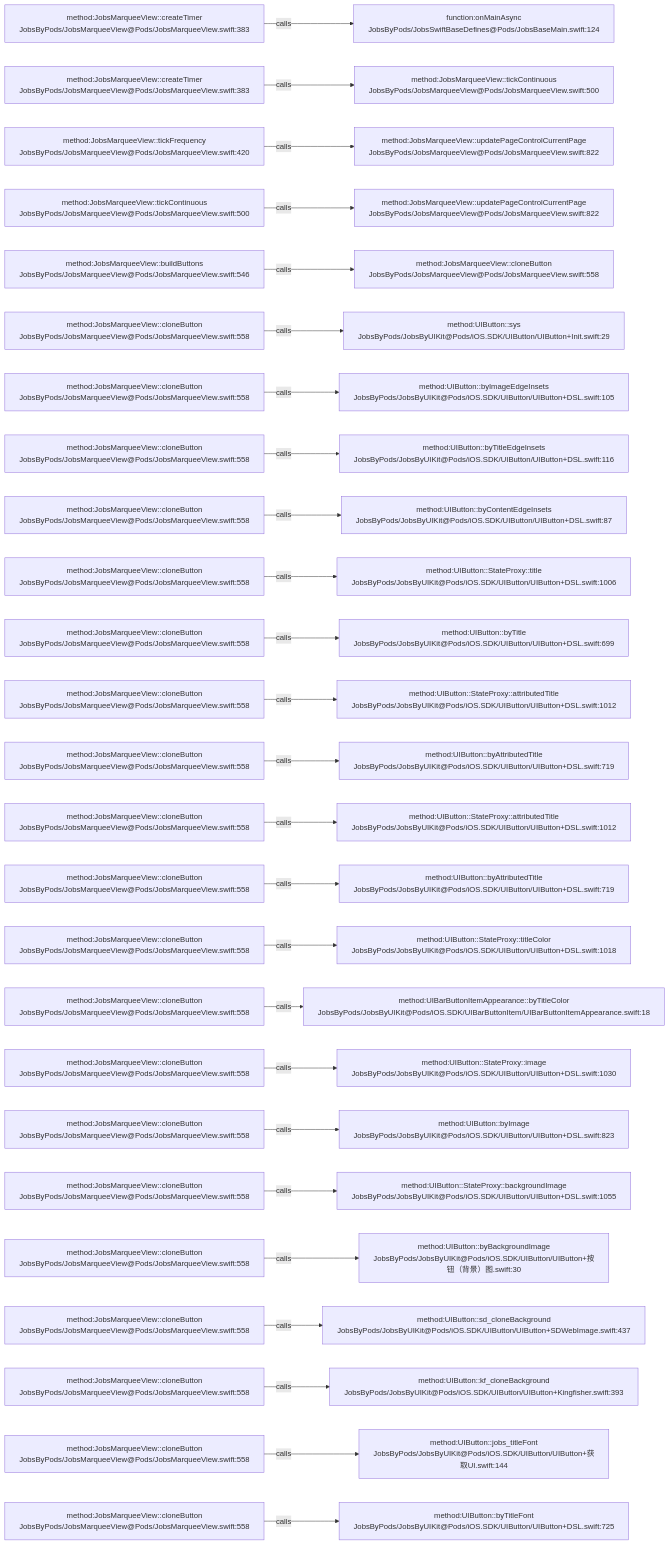
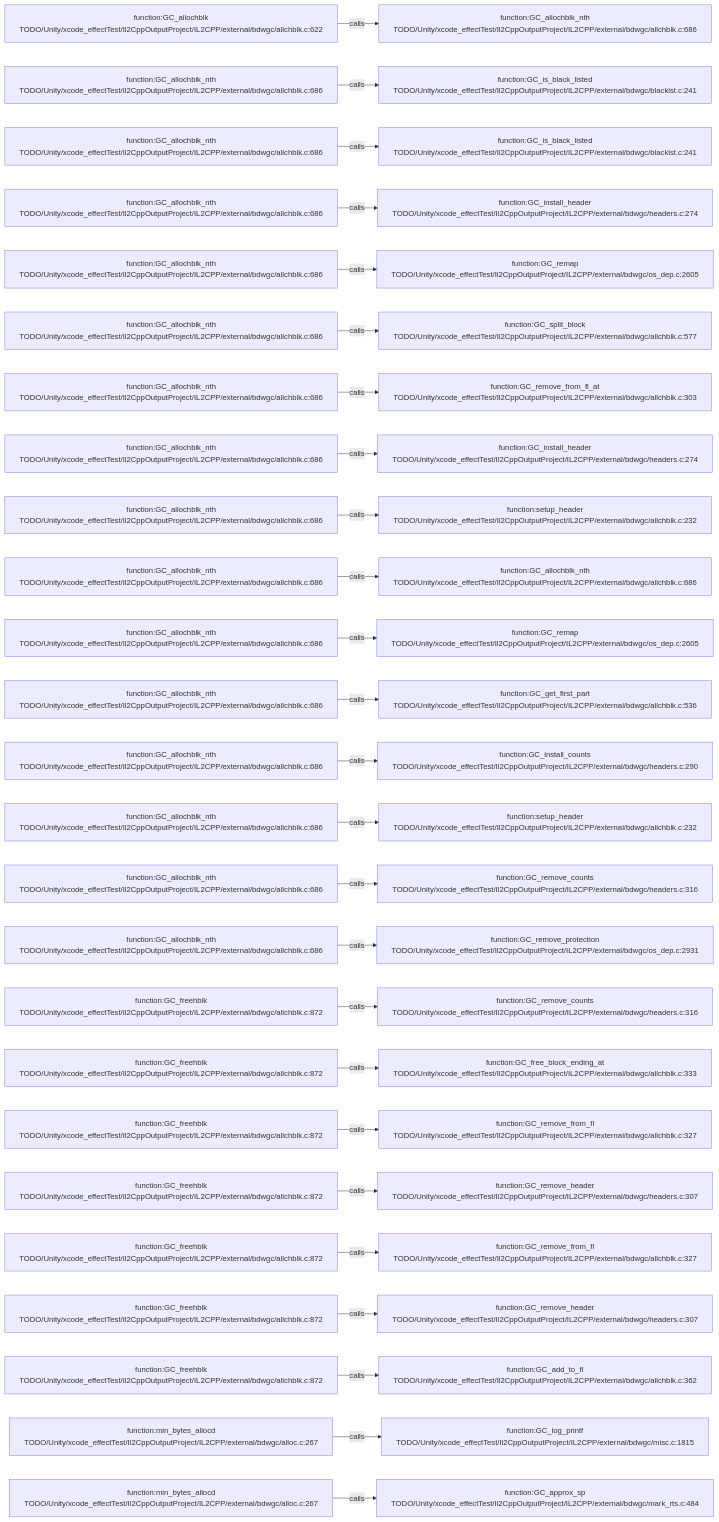
Before and after one commit to JobsKits/JobsSwiftBaseConfigDemo: the diagram in .codegraph/codegraph.md/graphs/calls-143.md, drawn with Mermaid. The commit also changed 569 other files, not shown here.

````diff
--- a/.codegraph/codegraph.md/graphs/calls-143.md
+++ b/.codegraph/codegraph.md/graphs/calls-143.md
@@ -13,78 +13,78 @@
 ```mermaid
 flowchart LR
-  S1["method:JobsMarqueeView::createTimer<br/>JobsByPods/JobsMarqueeView@Pods/JobsMarqueeView.swift:383"]
-  T1["function:onMainAsync<br/>JobsByPods/JobsSwiftBaseDefines@Pods/JobsBaseMain.swift:124"]
+  S1["function:GC_allochblk<br/>TODO/Unity/xcode_effectTest/Il2CppOutputProject/IL2CPP/external/bdwgc/allchblk.c:622"]
+  T1["function:GC_allochblk_nth<br/>TODO/Unity/xcode_effectTest/Il2CppOutputProject/IL2CPP/external/bdwgc/allchblk.c:686"]
   S1 -->|calls| T1
-  S2["method:JobsMarqueeView::createTimer<br/>JobsByPods/JobsMarqueeView@Pods/JobsMarqueeView.swift:383"]
-  T2["method:JobsMarqueeView::tickContinuous<br/>JobsByPods/JobsMarqueeView@Pods/JobsMarqueeView.swift:500"]
+  S2["function:GC_allochblk_nth<br/>TODO/Unity/xcode_effectTest/Il2CppOutputProject/IL2CPP/external/bdwgc/allchblk.c:686"]
+  T2["function:GC_is_black_listed<br/>TODO/Unity/xcode_effectTest/Il2CppOutputProject/IL2CPP/external/bdwgc/blacklst.c:241"]
   S2 -->|calls| T2
-  S3["method:JobsMarqueeView::tickFrequency<br/>JobsByPods/JobsMarqueeView@Pods/JobsMarqueeView.swift:420"]
-  T3["method:JobsMarqueeView::updatePageControlCurrentPage<br/>JobsByPods/JobsMarqueeView@Pods/JobsMarqueeView.swift:822"]
+  S3["function:GC_allochblk_nth<br/>TODO/Unity/xcode_effectTest/Il2CppOutputProject/IL2CPP/external/bdwgc/allchblk.c:686"]
+  T3["function:GC_is_black_listed<br/>TODO/Unity/xcode_effectTest/Il2CppOutputProject/IL2CPP/external/bdwgc/blacklst.c:241"]
   S3 -->|calls| T3
-  S4["method:JobsMarqueeView::tickContinuous<br/>JobsByPods/JobsMarqueeView@Pods/JobsMarqueeView.swift:500"]
-  T4["method:JobsMarqueeView::updatePageControlCurrentPage<br/>JobsByPods/JobsMarqueeView@Pods/JobsMarqueeView.swift:822"]
+  S4["function:GC_allochblk_nth<br/>TODO/Unity/xcode_effectTest/Il2CppOutputProject/IL2CPP/external/bdwgc/allchblk.c:686"]
+  T4["function:GC_install_header<br/>TODO/Unity/xcode_effectTest/Il2CppOutputProject/IL2CPP/external/bdwgc/headers.c:274"]
   S4 -->|calls| T4
-  S5["method:JobsMarqueeView::buildButtons<br/>JobsByPods/JobsMarqueeView@Pods/JobsMarqueeView.swift:546"]
-  T5["method:JobsMarqueeView::cloneButton<br/>JobsByPods/JobsMarqueeView@Pods/JobsMarqueeView.swift:558"]
+  S5["function:GC_allochblk_nth<br/>TODO/Unity/xcode_effectTest/Il2CppOutputProject/IL2CPP/external/bdwgc/allchblk.c:686"]
+  T5["function:GC_remap<br/>TODO/Unity/xcode_effectTest/Il2CppOutputProject/IL2CPP/external/bdwgc/os_dep.c:2605"]
   S5 -->|calls| T5
-  S6["method:JobsMarqueeView::cloneButton<br/>JobsByPods/JobsMarqueeView@Pods/JobsMarqueeView.swift:558"]
-  T6["method:UIButton::sys<br/>JobsByPods/JobsByUIKit@Pods/iOS.SDK/UIButton/UIButton+Init.swift:29"]
+  S6["function:GC_allochblk_nth<br/>TODO/Unity/xcode_effectTest/Il2CppOutputProject/IL2CPP/external/bdwgc/allchblk.c:686"]
+  T6["function:GC_split_block<br/>TODO/Unity/xcode_effectTest/Il2CppOutputProject/IL2CPP/external/bdwgc/allchblk.c:577"]
   S6 -->|calls| T6
-  S7["method:JobsMarqueeView::cloneButton<br/>JobsByPods/JobsMarqueeView@Pods/JobsMarqueeView.swift:558"]
-  T7["method:UIButton::byImageEdgeInsets<br/>JobsByPods/JobsByUIKit@Pods/iOS.SDK/UIButton/UIButton+DSL.swift:105"]
+  S7["function:GC_allochblk_nth<br/>TODO/Unity/xcode_effectTest/Il2CppOutputProject/IL2CPP/external/bdwgc/allchblk.c:686"]
+  T7["function:GC_remove_from_fl_at<br/>TODO/Unity/xcode_effectTest/Il2CppOutputProject/IL2CPP/external/bdwgc/allchblk.c:303"]
   S7 -->|calls| T7
-  S8["method:JobsMarqueeView::cloneButton<br/>JobsByPods/JobsMarqueeView@Pods/JobsMarqueeView.swift:558"]
-  T8["method:UIButton::byTitleEdgeInsets<br/>JobsByPods/JobsByUIKit@Pods/iOS.SDK/UIButton/UIButton+DSL.swift:116"]
+  S8["function:GC_allochblk_nth<br/>TODO/Unity/xcode_effectTest/Il2CppOutputProject/IL2CPP/external/bdwgc/allchblk.c:686"]
+  T8["function:GC_install_header<br/>TODO/Unity/xcode_effectTest/Il2CppOutputProject/IL2CPP/external/bdwgc/headers.c:274"]
   S8 -->|calls| T8
-  S9["method:JobsMarqueeView::cloneButton<br/>JobsByPods/JobsMarqueeView@Pods/JobsMarqueeView.swift:558"]
-  T9["method:UIButton::byContentEdgeInsets<br/>JobsByPods/JobsByUIKit@Pods/iOS.SDK/UIButton/UIButton+DSL.swift:87"]
+  S9["function:GC_allochblk_nth<br/>TODO/Unity/xcode_effectTest/Il2CppOutputProject/IL2CPP/external/bdwgc/allchblk.c:686"]
+  T9["function:setup_header<br/>TODO/Unity/xcode_effectTest/Il2CppOutputProject/IL2CPP/external/bdwgc/allchblk.c:232"]
   S9 -->|calls| T9
-  S10["method:JobsMarqueeView::cloneButton<br/>JobsByPods/JobsMarqueeView@Pods/JobsMarqueeView.swift:558"]
-  T10["method:UIButton::StateProxy::title<br/>JobsByPods/JobsByUIKit@Pods/iOS.SDK/UIButton/UIButton+DSL.swift:1006"]
+  S10["function:GC_allochblk_nth<br/>TODO/Unity/xcode_effectTest/Il2CppOutputProject/IL2CPP/external/bdwgc/allchblk.c:686"]
+  T10["function:GC_allochblk_nth<br/>TODO/Unity/xcode_effectTest/Il2CppOutputProject/IL2CPP/external/bdwgc/allchblk.c:686"]
   S10 -->|calls| T10
-  S11["method:JobsMarqueeView::cloneButton<br/>JobsByPods/JobsMarqueeView@Pods/JobsMarqueeView.swift:558"]
-  T11["method:UIButton::byTitle<br/>JobsByPods/JobsByUIKit@Pods/iOS.SDK/UIButton/UIButton+DSL.swift:699"]
+  S11["function:GC_allochblk_nth<br/>TODO/Unity/xcode_effectTest/Il2CppOutputProject/IL2CPP/external/bdwgc/allchblk.c:686"]
+  T11["function:GC_remap<br/>TODO/Unity/xcode_effectTest/Il2CppOutputProject/IL2CPP/external/bdwgc/os_dep.c:2605"]
   S11 -->|calls| T11
-  S12["method:JobsMarqueeView::cloneButton<br/>JobsByPods/JobsMarqueeView@Pods/JobsMarqueeView.swift:558"]
-  T12["method:UIButton::StateProxy::attributedTitle<br/>JobsByPods/JobsByUIKit@Pods/iOS.SDK/UIButton/UIButton+DSL.swift:1012"]
+  S12["function:GC_allochblk_nth<br/>TODO/Unity/xcode_effectTest/Il2CppOutputProject/IL2CPP/external/bdwgc/allchblk.c:686"]
+  T12["function:GC_get_first_part<br/>TODO/Unity/xcode_effectTest/Il2CppOutputProject/IL2CPP/external/bdwgc/allchblk.c:536"]
   S12 -->|calls| T12
-  S13["method:JobsMarqueeView::cloneButton<br/>JobsByPods/JobsMarqueeView@Pods/JobsMarqueeView.swift:558"]
-  T13["method:UIButton::byAttributedTitle<br/>JobsByPods/JobsByUIKit@Pods/iOS.SDK/UIButton/UIButton+DSL.swift:719"]
+  S13["function:GC_allochblk_nth<br/>TODO/Unity/xcode_effectTest/Il2CppOutputProject/IL2CPP/external/bdwgc/allchblk.c:686"]
+  T13["function:GC_install_counts<br/>TODO/Unity/xcode_effectTest/Il2CppOutputProject/IL2CPP/external/bdwgc/headers.c:290"]
   S13 -->|calls| T13
-  S14["method:JobsMarqueeView::cloneButton<br/>JobsByPods/JobsMarqueeView@Pods/JobsMarqueeView.swift:558"]
-  T14["method:UIButton::StateProxy::attributedTitle<br/>JobsByPods/JobsByUIKit@Pods/iOS.SDK/UIButton/UIButton+DSL.swift:1012"]
+  S14["function:GC_allochblk_nth<br/>TODO/Unity/xcode_effectTest/Il2CppOutputProject/IL2CPP/external/bdwgc/allchblk.c:686"]
+  T14["function:setup_header<br/>TODO/Unity/xcode_effectTest/Il2CppOutputProject/IL2CPP/external/bdwgc/allchblk.c:232"]
   S14 -->|calls| T14
-  S15["method:JobsMarqueeView::cloneButton<br/>JobsByPods/JobsMarqueeView@Pods/JobsMarqueeView.swift:558"]
-  T15["method:UIButton::byAttributedTitle<br/>JobsByPods/JobsByUIKit@Pods/iOS.SDK/UIButton/UIButton+DSL.swift:719"]
+  S15["function:GC_allochblk_nth<br/>TODO/Unity/xcode_effectTest/Il2CppOutputProject/IL2CPP/external/bdwgc/allchblk.c:686"]
+  T15["function:GC_remove_counts<br/>TODO/Unity/xcode_effectTest/Il2CppOutputProject/IL2CPP/external/bdwgc/headers.c:316"]
   S15 -->|calls| T15
-  S16["method:JobsMarqueeView::cloneButton<br/>JobsByPods/JobsMarqueeView@Pods/JobsMarqueeView.swift:558"]
-  T16["method:UIButton::StateProxy::titleColor<br/>JobsByPods/JobsByUIKit@Pods/iOS.SDK/UIButton/UIButton+DSL.swift:1018"]
+  S16["function:GC_allochblk_nth<br/>TODO/Unity/xcode_effectTest/Il2CppOutputProject/IL2CPP/external/bdwgc/allchblk.c:686"]
+  T16["function:GC_remove_protection<br/>TODO/Unity/xcode_effectTest/Il2CppOutputProject/IL2CPP/external/bdwgc/os_dep.c:2931"]
   S16 -->|calls| T16
-  S17["method:JobsMarqueeView::cloneButton<br/>JobsByPods/JobsMarqueeView@Pods/JobsMarqueeView.swift:558"]
-  T17["method:UIBarButtonItemAppearance::byTitleColor<br/>JobsByPods/JobsByUIKit@Pods/iOS.SDK/UIBarButtonItem/UIBarButtonItemAppearance.swift:18"]
+  S17["function:GC_freehblk<br/>TODO/Unity/xcode_effectTest/Il2CppOutputProject/IL2CPP/external/bdwgc/allchblk.c:872"]
+  T17["function:GC_remove_counts<br/>TODO/Unity/xcode_effectTest/Il2CppOutputProject/IL2CPP/external/bdwgc/headers.c:316"]
   S17 -->|calls| T17
-  S18["method:JobsMarqueeView::cloneButton<br/>JobsByPods/JobsMarqueeView@Pods/JobsMarqueeView.swift:558"]
-  T18["method:UIButton::StateProxy::image<br/>JobsByPods/JobsByUIKit@Pods/iOS.SDK/UIButton/UIButton+DSL.swift:1030"]
+  S18["function:GC_freehblk<br/>TODO/Unity/xcode_effectTest/Il2CppOutputProject/IL2CPP/external/bdwgc/allchblk.c:872"]
+  T18["function:GC_free_block_ending_at<br/>TODO/Unity/xcode_effectTest/Il2CppOutputProject/IL2CPP/external/bdwgc/allchblk.c:333"]
   S18 -->|calls| T18
-  S19["method:JobsMarqueeView::cloneButton<br/>JobsByPods/JobsMarqueeView@Pods/JobsMarqueeView.swift:558"]
-  T19["method:UIButton::byImage<br/>JobsByPods/JobsByUIKit@Pods/iOS.SDK/UIButton/UIButton+DSL.swift:823"]
+  S19["function:GC_freehblk<br/>TODO/Unity/xcode_effectTest/Il2CppOutputProject/IL2CPP/external/bdwgc/allchblk.c:872"]
+  T19["function:GC_remove_from_fl<br/>TODO/Unity/xcode_effectTest/Il2CppOutputProject/IL2CPP/external/bdwgc/allchblk.c:327"]
   S19 -->|calls| T19
-  S20["method:JobsMarqueeView::cloneButton<br/>JobsByPods/JobsMarqueeView@Pods/JobsMarqueeView.swift:558"]
-  T20["method:UIButton::StateProxy::backgroundImage<br/>JobsByPods/JobsByUIKit@Pods/iOS.SDK/UIButton/UIButton+DSL.swift:1055"]
+  S20["function:GC_freehblk<br/>TODO/Unity/xcode_effectTest/Il2CppOutputProject/IL2CPP/external/bdwgc/allchblk.c:872"]
+  T20["function:GC_remove_header<br/>TODO/Unity/xcode_effectTest/Il2CppOutputProject/IL2CPP/external/bdwgc/headers.c:307"]
   S20 -->|calls| T20
-  S21["method:JobsMarqueeView::cloneButton<br/>JobsByPods/JobsMarqueeView@Pods/JobsMarqueeView.swift:558"]
-  T21["method:UIButton::byBackgroundImage<br/>JobsByPods/JobsByUIKit@Pods/iOS.SDK/UIButton/UIButton+按钮（背景）图.swift:30"]
+  S21["function:GC_freehblk<br/>TODO/Unity/xcode_effectTest/Il2CppOutputProject/IL2CPP/external/bdwgc/allchblk.c:872"]
+  T21["function:GC_remove_from_fl<br/>TODO/Unity/xcode_effectTest/Il2CppOutputProject/IL2CPP/external/bdwgc/allchblk.c:327"]
   S21 -->|calls| T21
-  S22["method:JobsMarqueeView::cloneButton<br/>JobsByPods/JobsMarqueeView@Pods/JobsMarqueeView.swift:558"]
-  T22["method:UIButton::sd_cloneBackground<br/>JobsByPods/JobsByUIKit@Pods/iOS.SDK/UIButton/UIButton+SDWebImage.swift:437"]
+  S22["function:GC_freehblk<br/>TODO/Unity/xcode_effectTest/Il2CppOutputProject/IL2CPP/external/bdwgc/allchblk.c:872"]
+  T22["function:GC_remove_header<br/>TODO/Unity/xcode_effectTest/Il2CppOutputProject/IL2CPP/external/bdwgc/headers.c:307"]
   S22 -->|calls| T22
-  S23["method:JobsMarqueeView::cloneButton<br/>JobsByPods/JobsMarqueeView@Pods/JobsMarqueeView.swift:558"]
-  T23["method:UIButton::kf_cloneBackground<br/>JobsByPods/JobsByUIKit@Pods/iOS.SDK/UIButton/UIButton+Kingfisher.swift:393"]
+  S23["function:GC_freehblk<br/>TODO/Unity/xcode_effectTest/Il2CppOutputProject/IL2CPP/external/bdwgc/allchblk.c:872"]
+  T23["function:GC_add_to_fl<br/>TODO/Unity/xcode_effectTest/Il2CppOutputProject/IL2CPP/external/bdwgc/allchblk.c:362"]
   S23 -->|calls| T23
-  S24["method:JobsMarqueeView::cloneButton<br/>JobsByPods/JobsMarqueeView@Pods/JobsMarqueeView.swift:558"]
-  T24["method:UIButton::jobs_titleFont<br/>JobsByPods/JobsByUIKit@Pods/iOS.SDK/UIButton/UIButton+获取UI.swift:144"]
+  S24["function:min_bytes_allocd<br/>TODO/Unity/xcode_effectTest/Il2CppOutputProject/IL2CPP/external/bdwgc/alloc.c:267"]
+  T24["function:GC_log_printf<br/>TODO/Unity/xcode_effectTest/Il2CppOutputProject/IL2CPP/external/bdwgc/misc.c:1815"]
   S24 -->|calls| T24
-  S25["method:JobsMarqueeView::cloneButton<br/>JobsByPods/JobsMarqueeView@Pods/JobsMarqueeView.swift:558"]
-  T25["method:UIButton::byTitleFont<br/>JobsByPods/JobsByUIKit@Pods/iOS.SDK/UIButton/UIButton+DSL.swift:725"]
+  S25["function:min_bytes_allocd<br/>TODO/Unity/xcode_effectTest/Il2CppOutputProject/IL2CPP/external/bdwgc/alloc.c:267"]
+  T25["function:GC_approx_sp<br/>TODO/Unity/xcode_effectTest/Il2CppOutputProject/IL2CPP/external/bdwgc/mark_rts.c:484"]
   S25 -->|calls| T25
 ```
````
